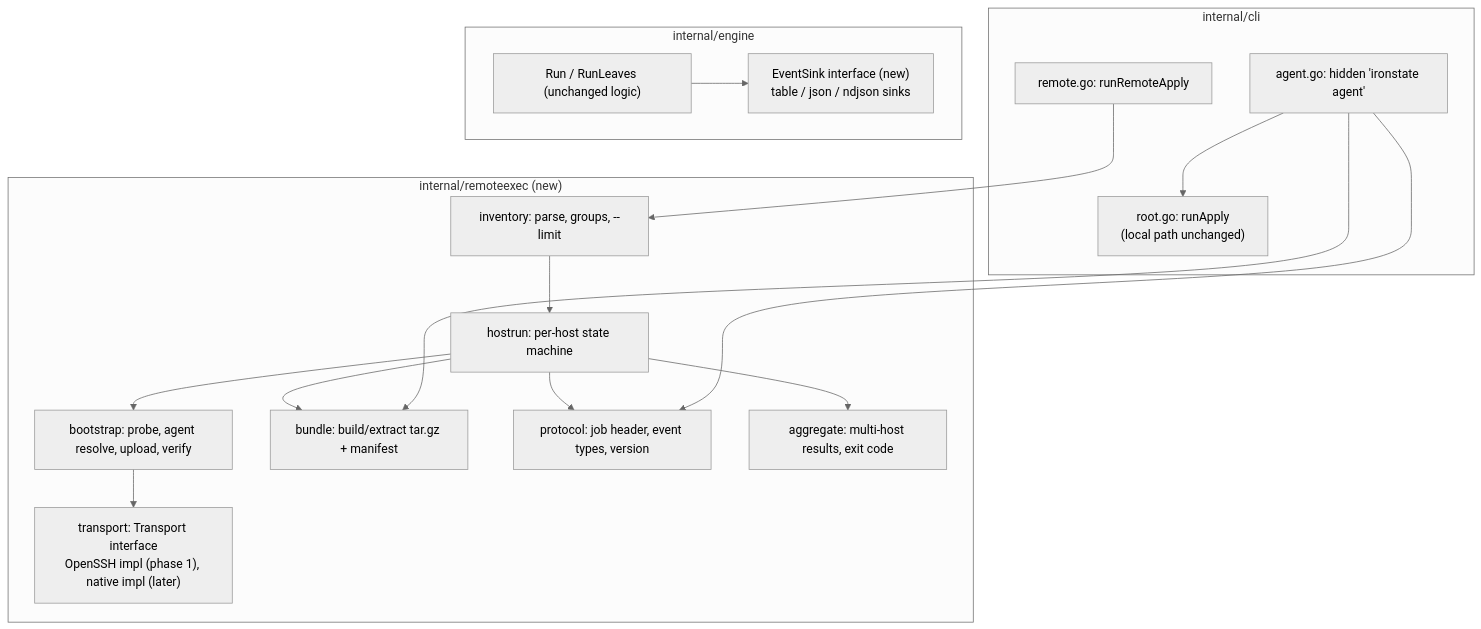
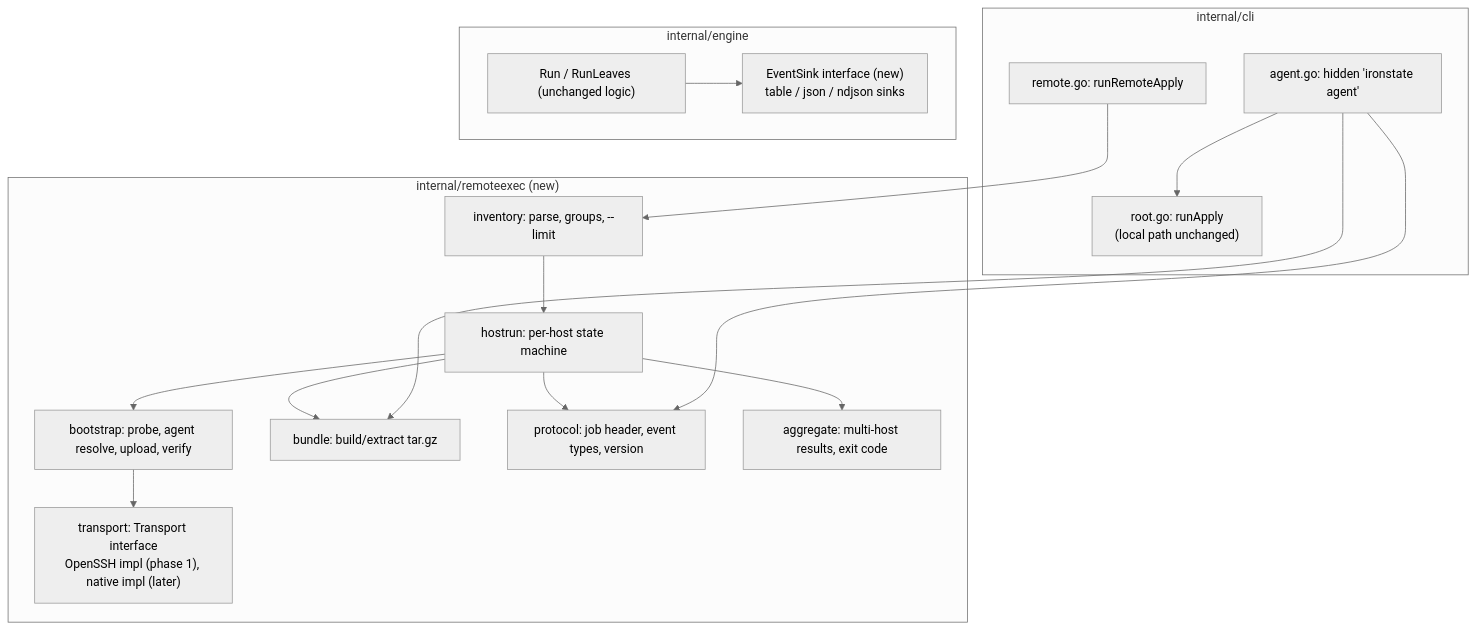
The second of 4 diagrams in docs/plans/remote-apply.md (TacoContent/ironstate), drawn with Mermaid (neutral theme) before and after one commit. The commit also changed other lines of this file and 43 other files, not shown here.

````diff
--- a/docs/plans/remote-apply.md
+++ b/docs/plans/remote-apply.md
@@ -108,30 +108,30 @@
 ```mermaid
 flowchart TB
     subgraph cli["internal/cli"]
         root["root.go: runApply<br/>(local path unchanged)"]
         rcmd["remote.go: runRemoteApply"]
         agentcmd["agent.go: hidden 'ironstate agent'"]
     end
     subgraph remoteexec["internal/remoteexec (new)"]
         inv["inventory: parse, groups, --limit"]
         transport["transport: Transport interface<br/>OpenSSH impl (phase 1), native impl (later)"]
         boot["bootstrap: probe, agent resolve, upload, verify"]
-        bundle["bundle: build/extract tar.gz + manifest"]
+        bundle["bundle: build/extract tar.gz"]
         proto["protocol: job header, event types, version"]
         runner["hostrun: per-host state machine"]
         agg["aggregate: multi-host results, exit code"]
     end
     subgraph engine["internal/engine"]
         sink["EventSink interface (new)<br/>table / json / ndjson sinks"]
         run["Run / RunLeaves (unchanged logic)"]
     end
     rcmd --> inv --> runner
     runner --> boot --> transport
     runner --> bundle
     runner --> proto
     runner --> agg
     agentcmd --> proto
     agentcmd --> bundle
     agentcmd --> root
     run --> sink
 ```
````
